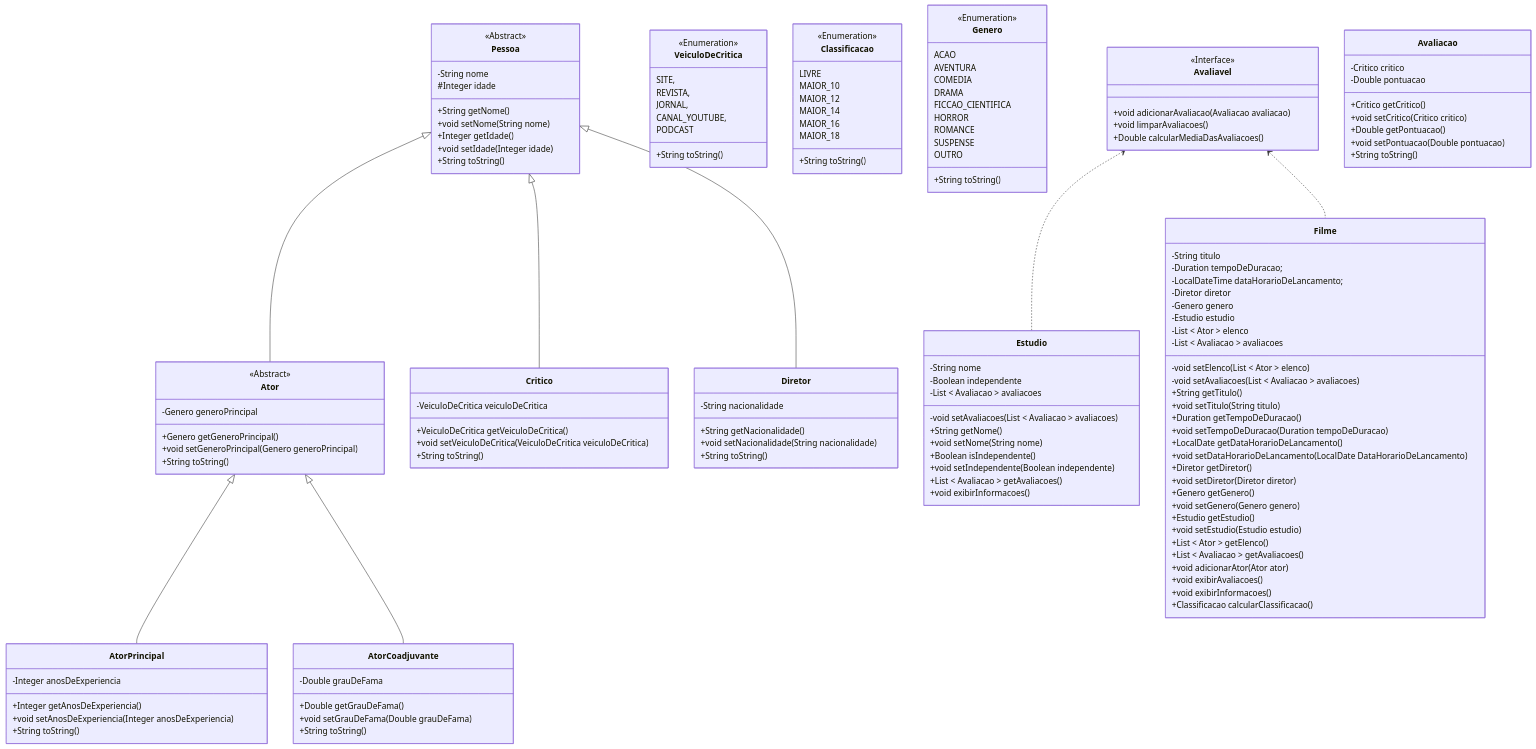
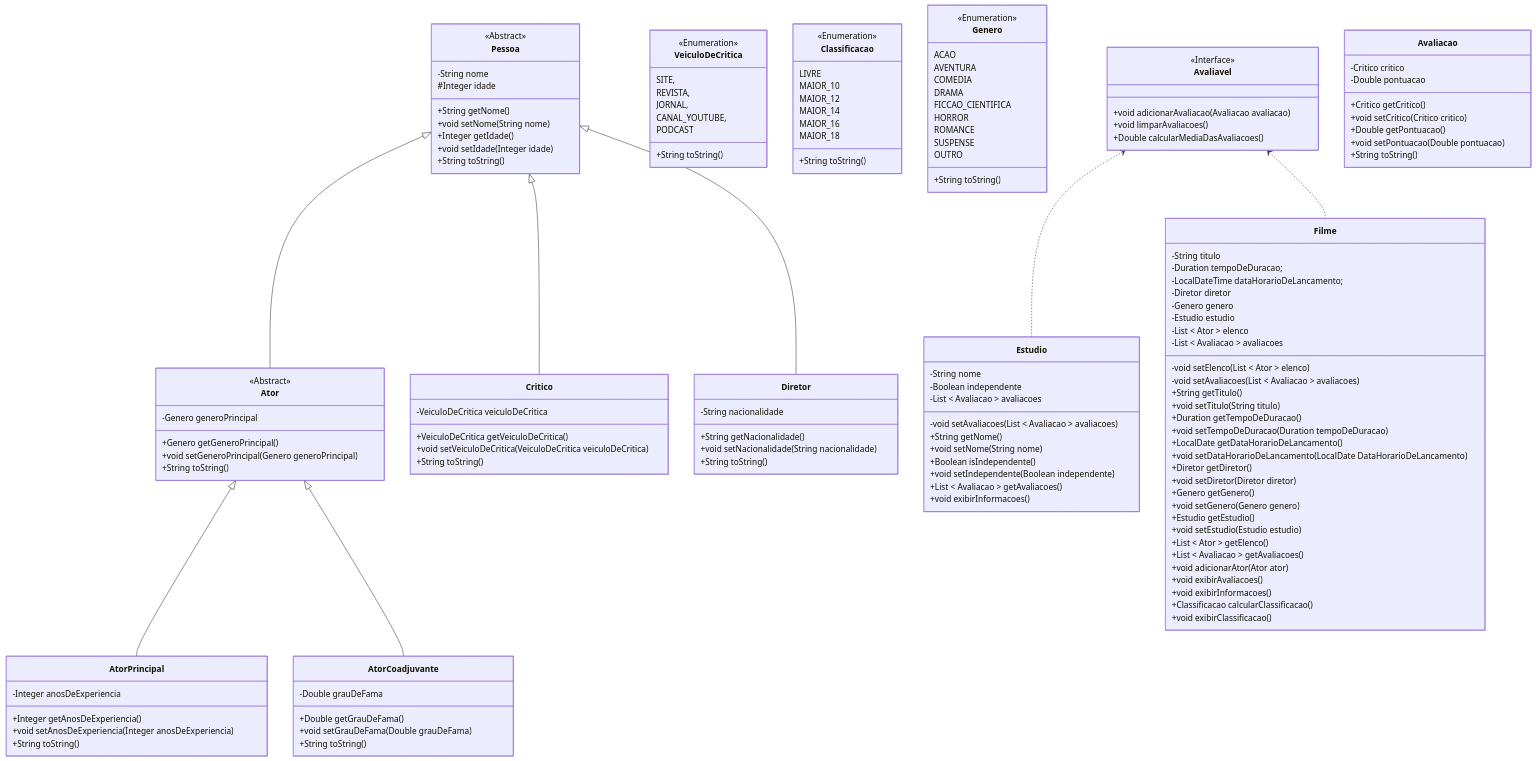
The diagram in exercicio-003/versao-001/README.md (heltonricardo/enunciados-exercicios-java), drawn with Mermaid before and after one commit.

Commit message:
exercicio 3-1

```diff
--- a/exercicio-003/versao-001/README.md
+++ b/exercicio-003/versao-001/README.md
@@ -152,6 +152,7 @@
   +void exibirAvaliacoes()
   +void exibirInformacoes()
   +Classificacao calcularClassificacao()
+  +void exibirClassificacao()
 }
 
 class Avaliavel {
```
